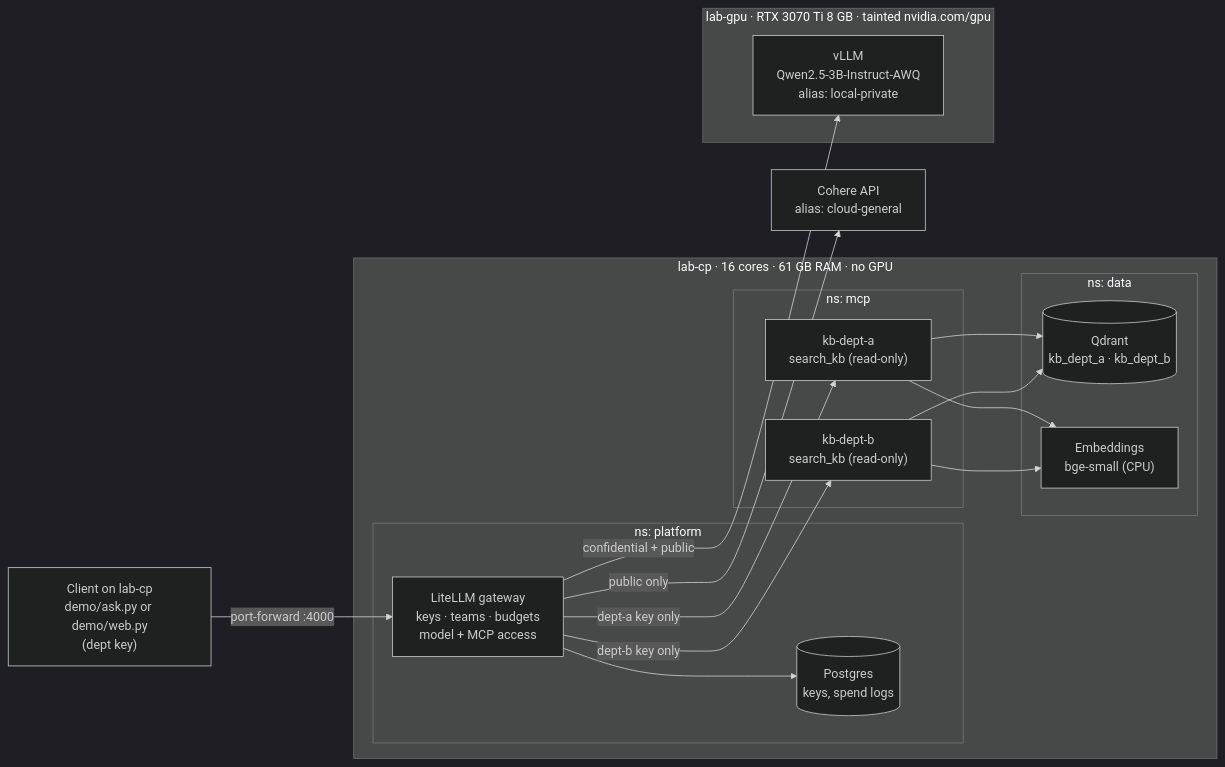
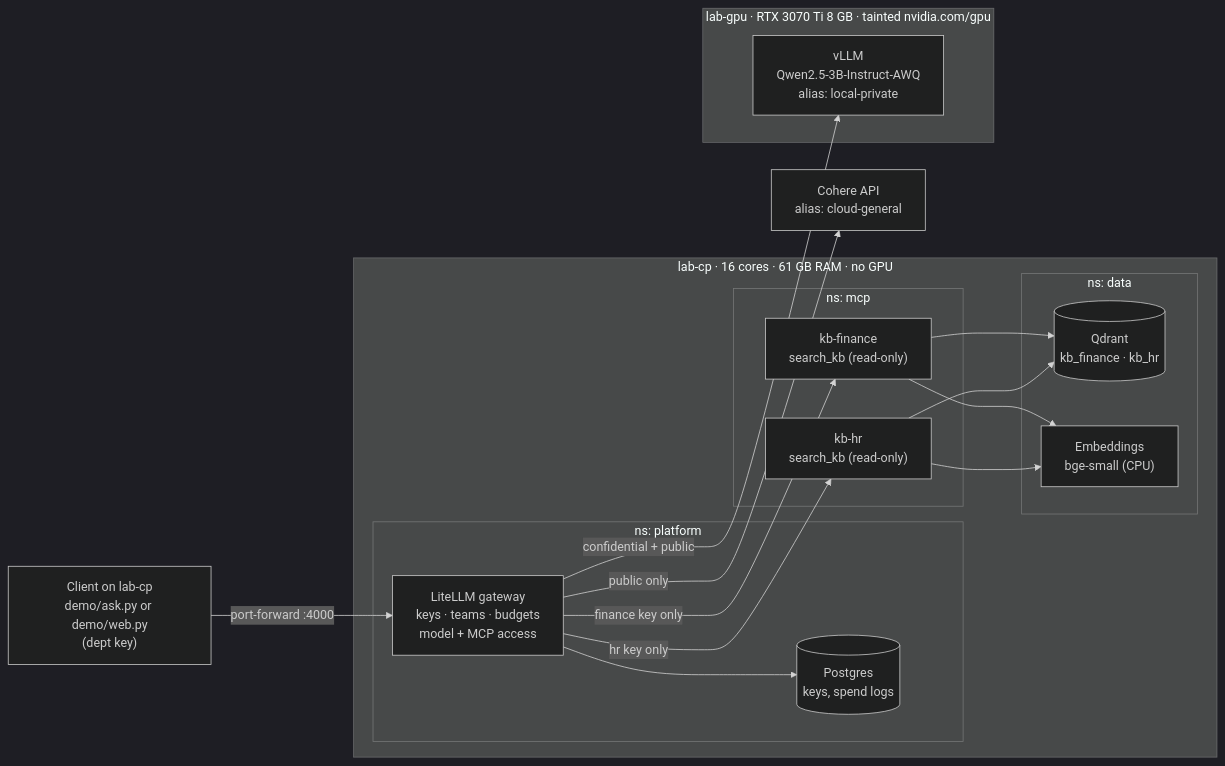
Before and after one commit to biznuts/ai-platform-lab: the diagram in docs/ARCHITECTURE.md, drawn with Mermaid (dark theme). The commit also changed 54 other files, not shown here.

````diff
--- a/docs/ARCHITECTURE.md
+++ b/docs/ARCHITECTURE.md
@@ -5,35 +5,35 @@
 ```mermaid
 flowchart LR
   user["Client on lab-cp<br/>demo/ask.py or demo/web.py<br/>(dept key)"] -- "port-forward :4000" --> litellm
 
   subgraph lab-cp ["lab-cp · 16 cores · 61 GB RAM · no GPU"]
     subgraph platform ["ns: platform"]
       litellm["LiteLLM gateway<br/>keys · teams · budgets<br/>model + MCP access"]
       pg[("Postgres<br/>keys, spend logs")]
     end
     subgraph mcp ["ns: mcp"]
-      mcpa["kb-dept-a<br/>search_kb (read-only)"]
-      mcpb["kb-dept-b<br/>search_kb (read-only)"]
+      mcpa["kb-finance<br/>search_kb (read-only)"]
+      mcpb["kb-hr<br/>search_kb (read-only)"]
     end
     subgraph data ["ns: data"]
-      qdrant[("Qdrant<br/>kb_dept_a · kb_dept_b")]
+      qdrant[("Qdrant<br/>kb_finance · kb_hr")]
       tei["Embeddings<br/>bge-small (CPU)"]
     end
   end
 
   subgraph lab-gpu ["lab-gpu · RTX 3070 Ti 8 GB · tainted nvidia.com/gpu"]
     vllm["vLLM<br/>Qwen2.5-3B-Instruct-AWQ<br/>alias: local-private"]
   end
 
   cohere["Cohere API<br/>alias: cloud-general"]
 
   litellm --> pg
   litellm -- "confidential + public" --> vllm
   litellm -- "public only" --> cohere
-  litellm -- "dept-a key only" --> mcpa
-  litellm -- "dept-b key only" --> mcpb
+  litellm -- "finance key only" --> mcpa
+  litellm -- "hr key only" --> mcpb
   mcpa --> qdrant
   mcpb --> qdrant
   mcpa --> tei
   mcpb --> tei
 ```
````
